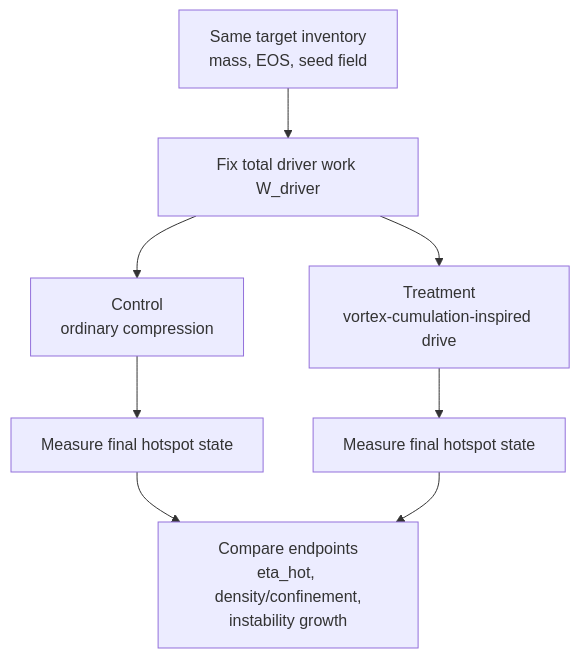
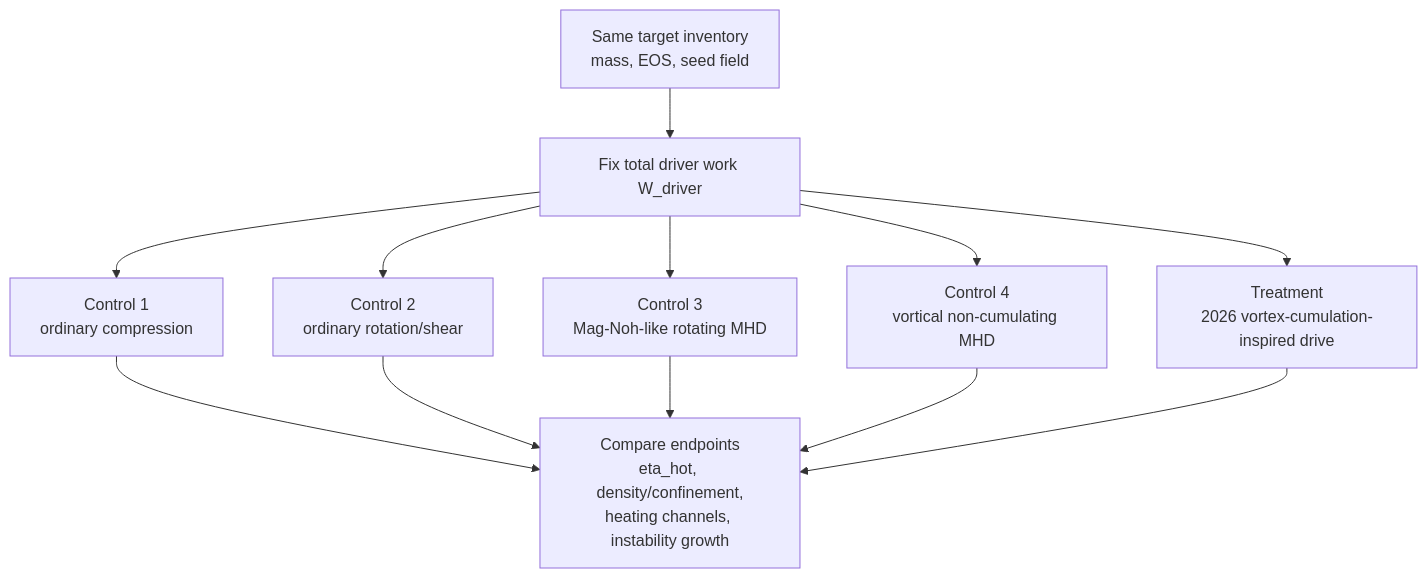
One commit to franklinbaldo/papers changed the diagram in vortex_cumulation_fusion.md. Above: the diagram before and after it, drawn with Mermaid. The commit also changed other lines of this file, not shown here.

Commit message:
fix: make vortex-cumulation paper Zenodo-ready (#598)

````diff
--- a/vortex_cumulation_fusion.md
+++ b/vortex_cumulation_fusion.md
@@ -321,10 +341,14 @@
 ```mermaid
 flowchart TD
     I[Same target inventory<br/>mass, EOS, seed field] --> W[Fix total driver work W_driver]
-    W --> B[Control<br/>ordinary compression]
-    W --> T[Treatment<br/>vortex-cumulation-inspired drive]
-    B --> MB[Measure final hotspot state]
-    T --> MT[Measure final hotspot state]
-    MB --> C[Compare endpoints<br/>eta_hot, density/confinement,<br/>instability growth]
-    MT --> C
+    W --> B0[Control 1<br/>ordinary compression]
+    W --> B1[Control 2<br/>ordinary rotation/shear]
+    W --> B2[Control 3<br/>Mag-Noh-like rotating MHD]
+    W --> B3[Control 4<br/>vortical non-cumulating MHD]
+    W --> T[Treatment<br/>2026 vortex-cumulation-inspired drive]
+    B0 --> C[Compare endpoints<br/>eta_hot, density/confinement,<br/>heating channels, instability growth]
+    B1 --> C
+    B2 --> C
+    B3 --> C
+    T --> C
 ```
````
